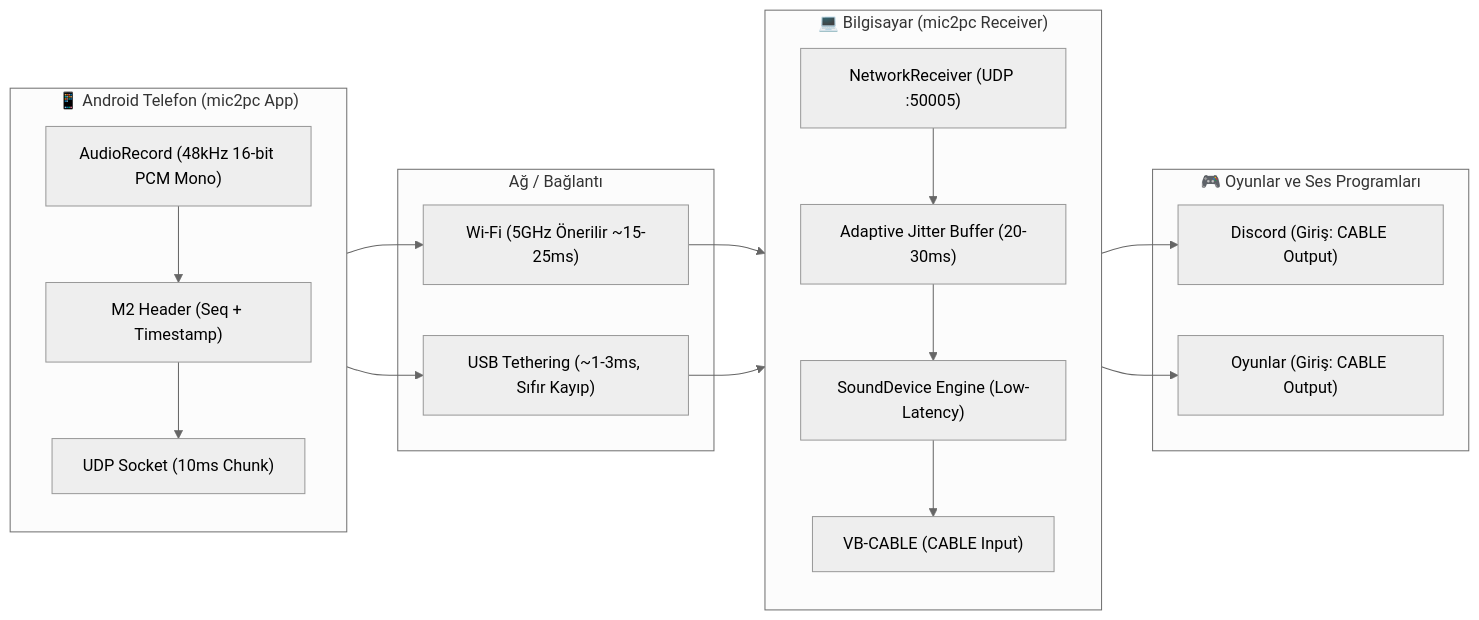
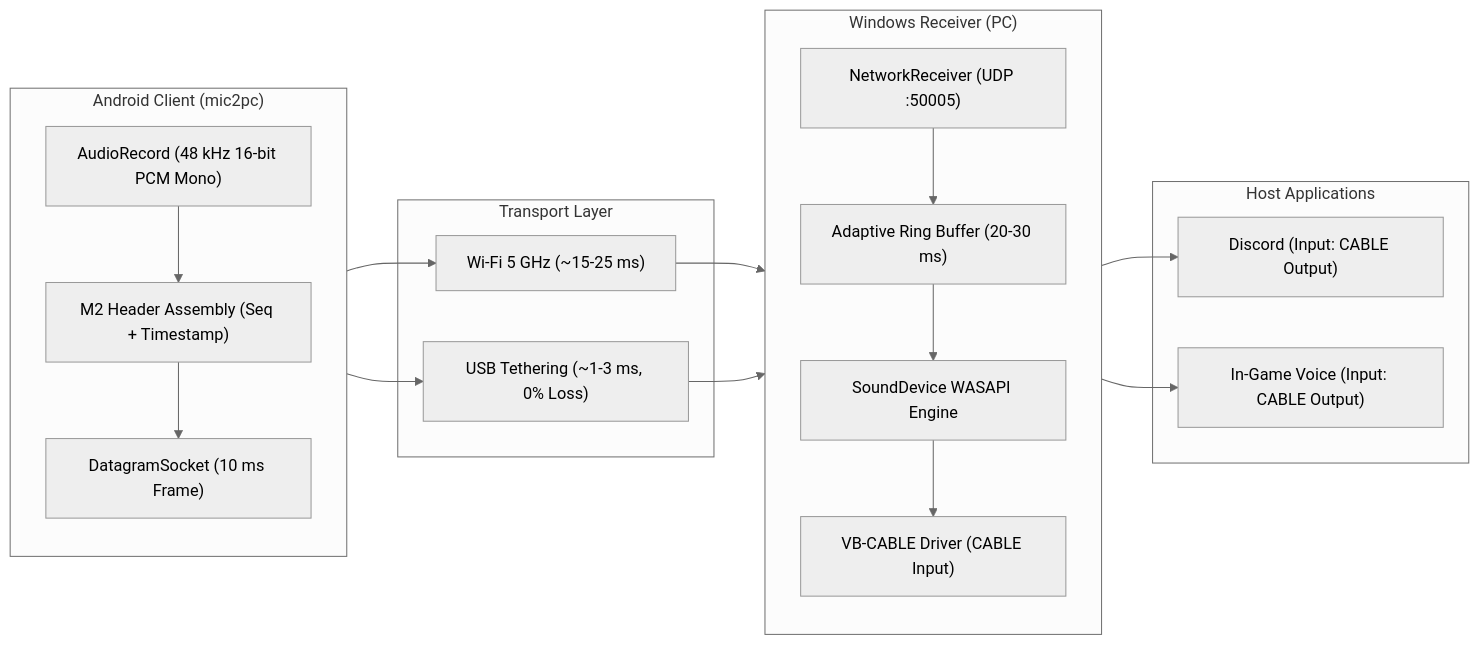
One commit to tokuthedev/mic2pc changed the diagram in README.md. Above: the diagram before and after it, drawn with Mermaid (neutral theme). The commit also changed other lines of this file, not shown here.

````diff
--- a/README.md
+++ b/README.md
@@ -9,33 +11,33 @@
 ```mermaid
 flowchart LR
-    subgraph Mobil["📱 Android Telefon (mic2pc App)"]
+    subgraph Mobile["Android Client (mic2pc)"]
         direction TB
-        MIC["AudioRecord (48kHz 16-bit PCM Mono)"]
-        HDR["M2 Header (Seq + Timestamp)"]
-        UDP_SEND["UDP Socket (10ms Chunk)"]
-        MIC --> HDR --> UDP_SEND
+        MIC["AudioRecord (48 kHz 16-bit PCM Mono)"]
+        PACKET["M2 Header Assembly (Seq + Timestamp)"]
+        UDP_TX["DatagramSocket (10 ms Frame)"]
+        MIC --> PACKET --> UDP_TX
     end
 
-    subgraph Ag["Ağ / Bağlantı"]
-        WIFI["Wi-Fi (5GHz Önerilir ~15-25ms)"]
-        USB["USB Tethering (~1-3ms, Sıfır Kayıp)"]
+    subgraph Network["Transport Layer"]
+        WIFI["Wi-Fi 5 GHz (~15-25 ms)"]
+        USB["USB Tethering (~1-3 ms, 0% Loss)"]
     end
 
-    subgraph PC["💻 Bilgisayar (mic2pc Receiver)"]
+    subgraph Desktop["Windows Receiver (PC)"]
         direction TB
-        UDP_RECV["NetworkReceiver (UDP :50005)"]
-        JITTER["Adaptive Jitter Buffer (20-30ms)"]
-        WASAPI["SoundDevice Engine (Low-Latency)"]
-        VBCABLE["VB-CABLE (CABLE Input)"]
-        UDP_RECV --> JITTER --> WASAPI --> VBCABLE
+        UDP_RX["NetworkReceiver (UDP :50005)"]
+        JITTER["Adaptive Ring Buffer (20-30 ms)"]
+        AUDIO_ENGINE["SoundDevice WASAPI Engine"]
+        VIRTUAL_IN["VB-CABLE Driver (CABLE Input)"]
+        UDP_RX --> JITTER --> AUDIO_ENGINE --> VIRTUAL_IN
     end
 
-    subgraph Apps["🎮 Oyunlar ve Ses Programları"]
-        DISCORD["Discord (Giriş: CABLE Output)"]
-        GAMES["Oyunlar (Giriş: CABLE Output)"]
+    subgraph Consumers["Host Applications"]
+        DISCORD["Discord (Input: CABLE Output)"]
+        GAMES["In-Game Voice (Input: CABLE Output)"]
     end
 
-    UDP_SEND --> WIFI & USB
-    WIFI & USB --> UDP_RECV
-    VBCABLE --> DISCORD & GAMES
+    UDP_TX --> WIFI & USB
+    WIFI & USB --> UDP_RX
+    VIRTUAL_IN --> DISCORD & GAMES
 ```
````
